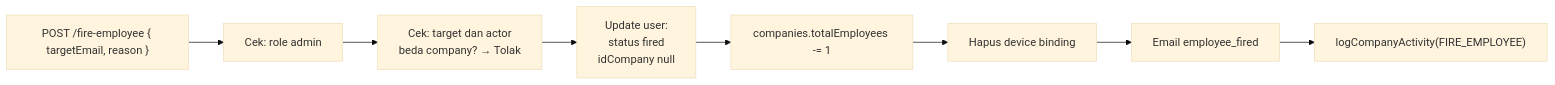
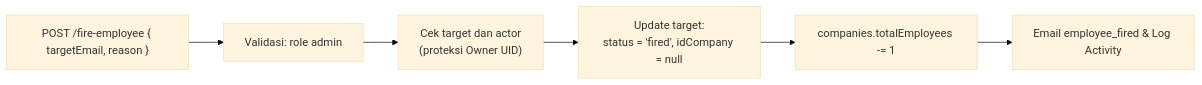
Before and after one commit to Doni354/HORA-APIs: the second of 2 diagrams in docs-site/docs/routes/company.md, drawn with Mermaid (base theme). The commit also changed other lines of this file, not shown here.

`````diff
--- a/docs-site/docs/routes/company.md
+++ b/docs-site/docs/routes/company.md
@@ -65,10 +78,8 @@
-```mermaid
+````mermaid
 flowchart LR
-    A["POST /fire-employee { targetEmail, reason }"] --> B["Cek: role admin"]
-    B --> C["Cek: target dan actor\nbeda company? → Tolak"]
-    C --> D["Update user:\nstatus fired\nidCompany null"]
+    A["POST /fire-employee { targetEmail, reason }"] --> B["Validasi: role admin"]
+    B --> C["Cek target dan actor \n(proteksi Owner UID)"]
+    C --> D["Update target:\nstatus = 'fired', idCompany = null"]
     D --> E["companies.totalEmployees -= 1"]
-    E --> F["Hapus device binding"]
-    F --> G["Email employee_fired"]
-    G --> H["logCompanyActivity(FIRE_EMPLOYEE)"]
-```
+    E --> F["Email employee_fired & Log Activity"]
+````
`````
